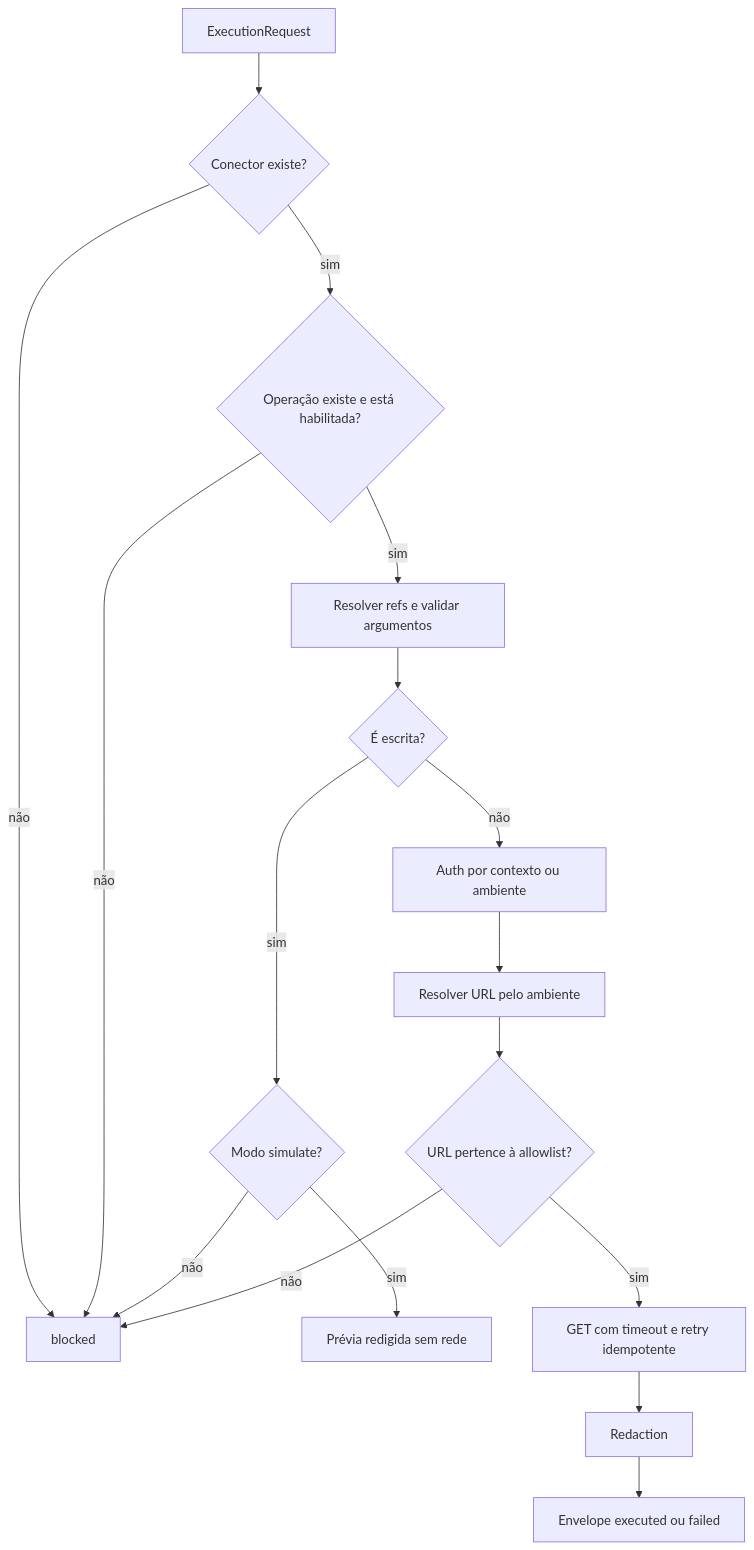
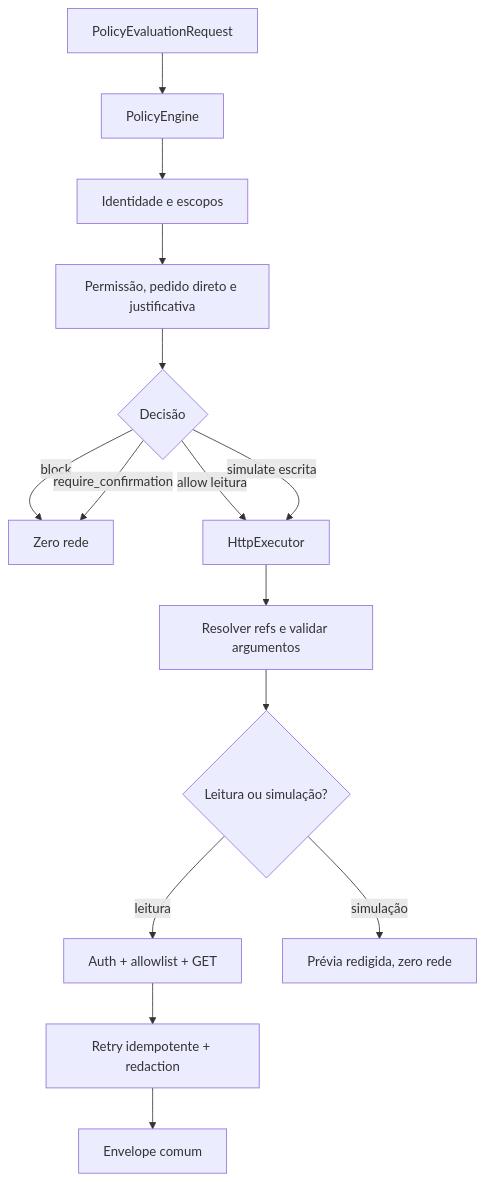
The third of 3 diagrams in docs/architecture.md (ChristianGandra21/indusguard), drawn with Mermaid before and after one commit. The commit also changed other lines of this file and 16 other files, not shown here.

Commit message:
feat: add deterministic policy engine

````diff
--- a/docs/architecture.md
+++ b/docs/architecture.md
@@ -84,19 +86,17 @@
 ```mermaid
 flowchart TD
-    R[ExecutionRequest] --> C{Conector existe?}
-    C -- não --> B[blocked]
-    C -- sim --> O{Operação existe e está habilitada?}
-    O -- não --> B
-    O -- sim --> J[Resolver refs e validar argumentos]
-    J --> M{É escrita?}
-    M -- sim --> S{Modo simulate?}
-    S -- sim --> P[Prévia redigida sem rede]
-    S -- não --> B
-    M -- não --> H[Auth por contexto ou ambiente]
-    H --> U[Resolver URL pelo ambiente]
-    U --> A{URL pertence à allowlist?}
-    A -- não --> B
-    A -- sim --> G[GET com timeout e retry idempotente]
-    G --> D[Redaction]
-    D --> N[Envelope executed ou failed]
+    R[PolicyEvaluationRequest] --> P[PolicyEngine]
+    P --> I[Identidade e escopos]
+    I --> A[Permissão, pedido direto e justificativa]
+    A --> O{Decisão}
+    O -- block --> Z[Zero rede]
+    O -- require_confirmation --> Z
+    O -- allow leitura --> E[HttpExecutor]
+    O -- simulate escrita --> E
+    E --> J[Resolver refs e validar argumentos]
+    J --> S{Leitura ou simulação?}
+    S -- leitura --> H[Auth + allowlist + GET]
+    S -- simulação --> V[Prévia redigida, zero rede]
+    H --> D[Retry idempotente + redaction]
+    D --> N[Envelope comum]
 ```
````
